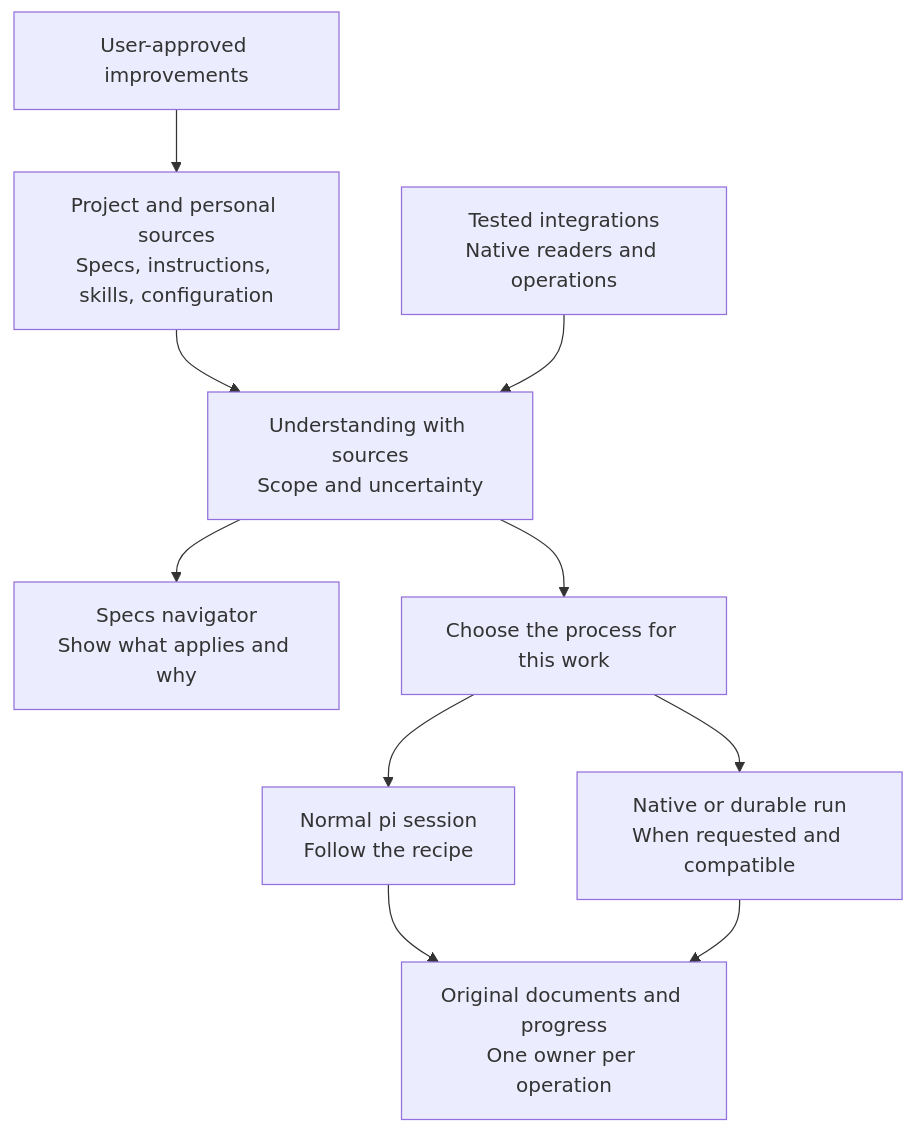
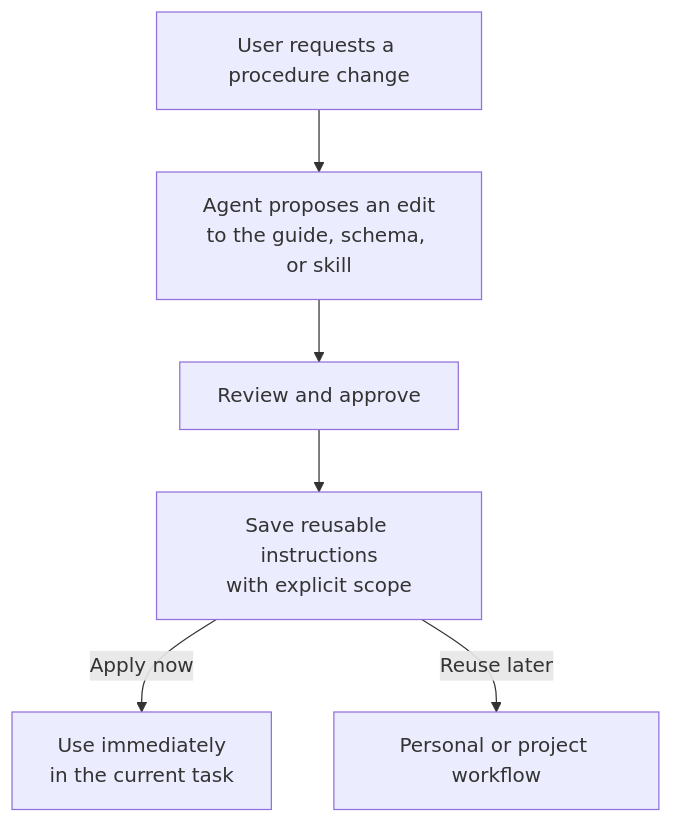
Before and after one commit to JetBrains/thinkrail: the second of 2 diagrams in docs/proposals/spec-driven-development.md, drawn with Mermaid. The commit also changed other lines of this file, not shown here.

Commit message:
docs: make approved skill revisions immediately usable

````diff
--- a/docs/proposals/spec-driven-development.md
+++ b/docs/proposals/spec-driven-development.md
@@ -114,12 +216,8 @@
 ```mermaid
 flowchart TD
-    S["Project and personal sources<br/>Specs, instructions, skills, configuration"] --> U["Understanding with sources<br/>Scope and uncertainty"]
-    I["Tested integrations<br/>Native readers and operations"] --> U
-    U --> V["Specs navigator<br/>Show what applies and why"]
-    U --> R["Choose the process for this work"]
-    R --> A["Normal pi session<br/>Follow the recipe"]
-    R --> N["Native or durable run<br/>When requested and compatible"]
-    A --> T["Original documents and progress<br/>One owner per operation"]
-    N --> T
-    C["User-approved improvements"] --> S
+    U["User requests a procedure change"] --> E["Agent proposes an edit<br/>to the guide, schema, or skill"]
+    E --> A["Review and approve"]
+    A --> S["Save reusable instructions<br/>with explicit scope"]
+    S -->|Apply now| C["Use immediately<br/>in the current task"]
+    S -->|Reuse later| F["Personal or project workflow"]
 ```
````
